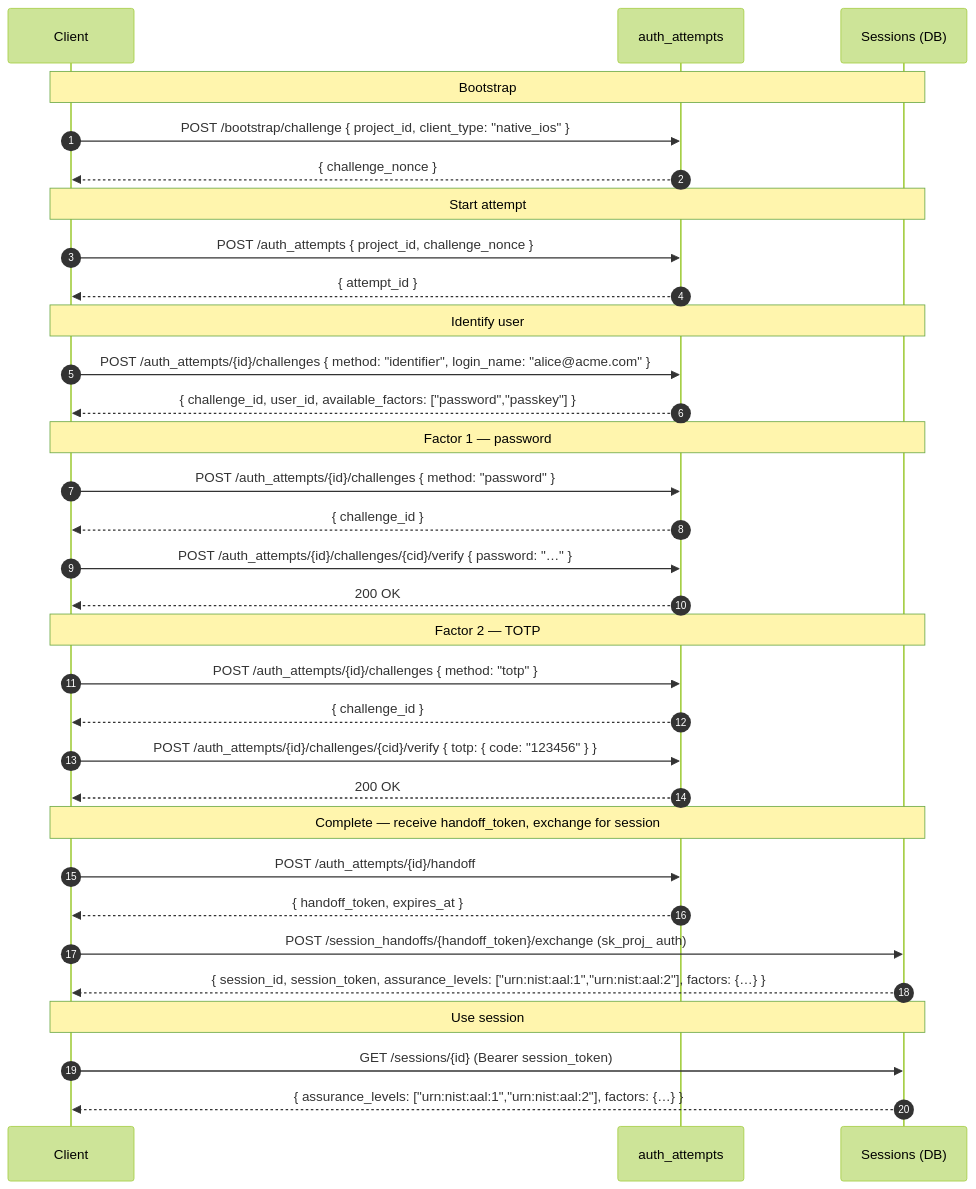
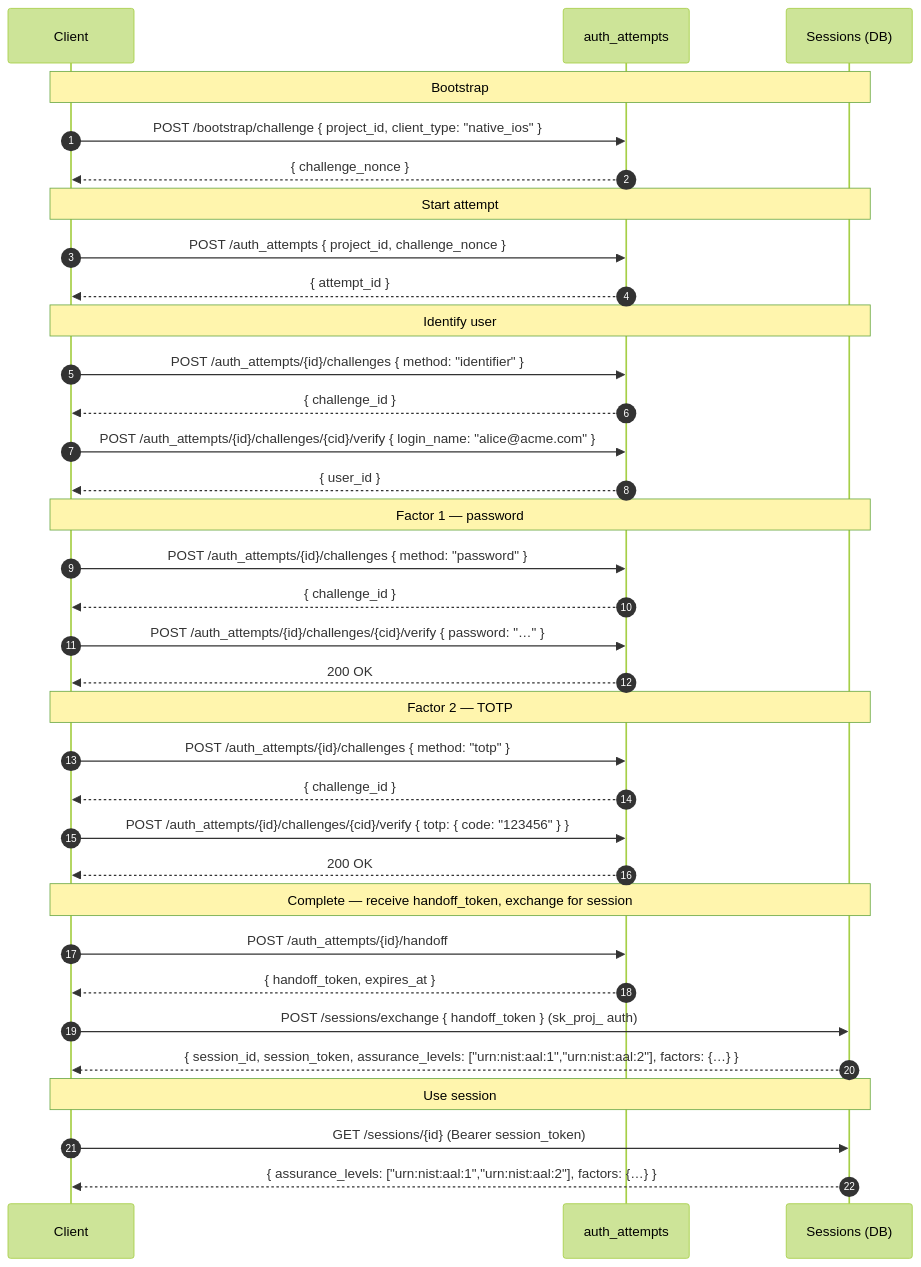
The second of 4 diagrams in docs/design/api/authn-and-auth-flows.md (zitadel/nextgen), drawn with Mermaid (forest theme) before and after one commit. The commit also changed other lines of this file and 1 other file, not shown here.

Commit message:
improve handoff / session exchange

````diff
--- a/docs/design/api/authn-and-auth-flows.md
+++ b/docs/design/api/authn-and-auth-flows.md
@@ -222,51 +231,53 @@
 ```mermaid
 sequenceDiagram
     autonumber
     participant Client
     participant AuthAttempts as auth_attempts
     participant SessionDB as Sessions (DB)
 
     Note over Client,SessionDB: Bootstrap
 
     Client->>AuthAttempts: POST /bootstrap/challenge { project_id, client_type: "native_ios" }
     AuthAttempts-->>Client: { challenge_nonce }
 
     Note over Client,SessionDB: Start attempt
 
     Client->>AuthAttempts: POST /auth_attempts { project_id, challenge_nonce }
     AuthAttempts-->>Client: { attempt_id }
 
     Note over Client,SessionDB: Identify user
 
-    Client->>AuthAttempts: POST /auth_attempts/{id}/challenges { method: "identifier", login_name: "alice@acme.com" }
-    AuthAttempts-->>Client: { challenge_id, user_id, available_factors: ["password","passkey"] }
+    Client->>AuthAttempts: POST /auth_attempts/{id}/challenges { method: "identifier" }
+    AuthAttempts-->>Client: { challenge_id }
+    Client->>AuthAttempts: POST /auth_attempts/{id}/challenges/{cid}/verify { login_name: "alice@acme.com" }
+    AuthAttempts-->>Client: { user_id }
 
     Note over Client,SessionDB: Factor 1 — password
 
     Client->>AuthAttempts: POST /auth_attempts/{id}/challenges { method: "password" }
     AuthAttempts-->>Client: { challenge_id }
 
     Client->>AuthAttempts: POST /auth_attempts/{id}/challenges/{cid}/verify { password: "…" }
     AuthAttempts-->>Client: 200 OK
 
     Note over Client,SessionDB: Factor 2 — TOTP
 
     Client->>AuthAttempts: POST /auth_attempts/{id}/challenges { method: "totp" }
     AuthAttempts-->>Client: { challenge_id }
 
     Client->>AuthAttempts: POST /auth_attempts/{id}/challenges/{cid}/verify { totp: { code: "123456" } }
     AuthAttempts-->>Client: 200 OK
 
     Note over Client,SessionDB: Complete — receive handoff_token, exchange for session
 
     Client->>AuthAttempts: POST /auth_attempts/{id}/handoff
     AuthAttempts-->>Client: { handoff_token, expires_at }
 
-    Client->>SessionDB: POST /session_handoffs/{handoff_token}/exchange (sk_proj_ auth)
+    Client->>SessionDB: POST /sessions/exchange { handoff_token } (sk_proj_ auth)
     SessionDB-->>Client: { session_id, session_token, assurance_levels: ["urn:nist:aal:1","urn:nist:aal:2"], factors: {…} }
 
     Note over Client,SessionDB: Use session
 
     Client->>SessionDB: GET /sessions/{id} (Bearer session_token)
     SessionDB-->>Client: { assurance_levels: ["urn:nist:aal:1","urn:nist:aal:2"], factors: {…} }
 ```
````
